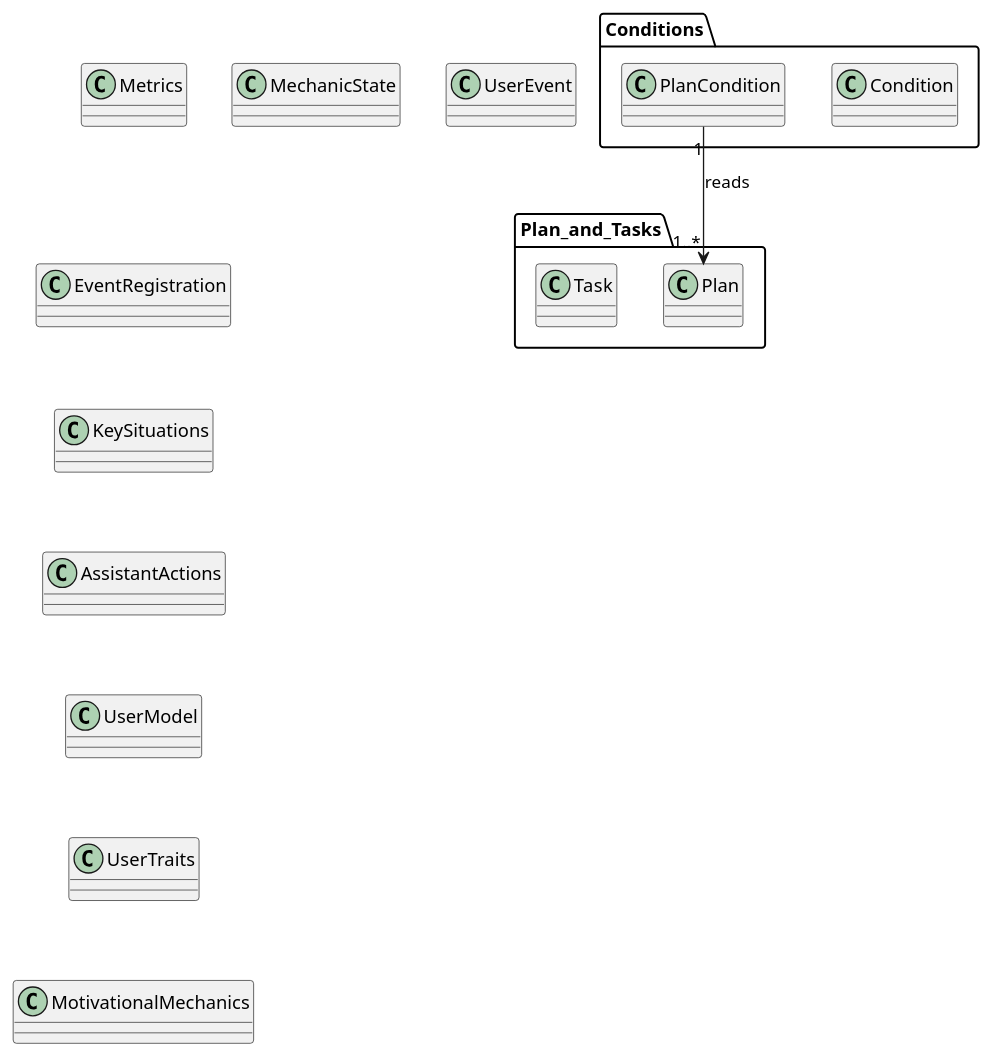
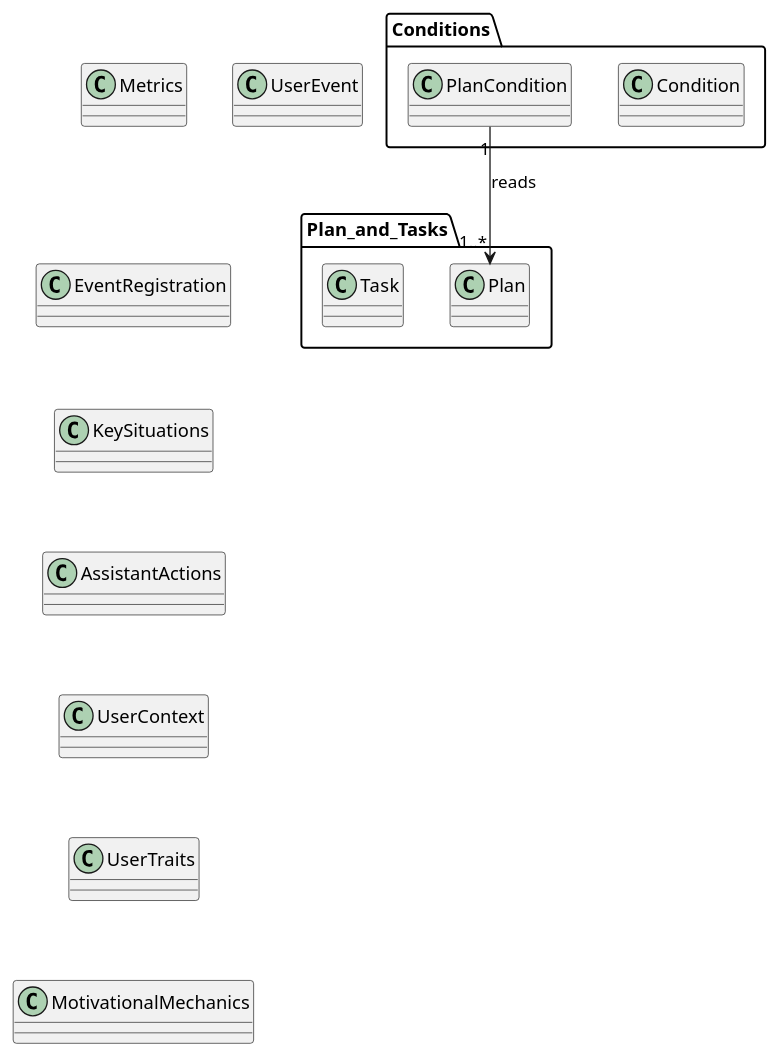
The diagram in UML/relationships.puml (Maks-stack/ontology), drawn with PlantUML before and after one commit. The commit also changed 7 other files, not shown here.

Commit message:
change UserModel to UserContext

```diff
--- a/UML/relationships.puml
+++ b/UML/relationships.puml
@@ -1,48 +1,46 @@
 @startuml
 Metrics -[hidden]-> EventRegistration
 EventRegistration -[hidden]-> KeySituations
 KeySituations -[hidden]-> AssistantActions
-AssistantActions -[hidden]-> UserModel
-UserModel -[hidden]-> UserTraits
+AssistantActions -[hidden]-> UserContext
+UserContext -[hidden]-> UserTraits
 UserTraits -[hidden]-> MotivationalMechanics
 
-MotivationalMechanics.MotivationalMechanic "1" --> "1..2" UserModel.UserTraitWeight : selected_by
+MotivationalMechanics.MotivationalMechanic "1" --> "1..2" UserContext.UserTraitWeight : selected_by
 
-AssistantActions.AssistantAction --> "0..1" MotivationalMechanics.MotivationalMechanic : toggles
-AssistantActions.AssistantAction --> "0..*" UserModel.User : targets
+'AssistantActions.AssistantAction --> "0..1" MotivationalMechanics.MotivationalMechanic : toggles
+AssistantActions.AssistantAction --> "0..*" UserContext.User : targets
 AssistantActions.AssistantAction "1..*" --> "1..*" Metrics.Metric : considers
-AssistantActions.AssistantAction "1..*" --> "1..*" UserModel.UserTraitWeight : considers
+AssistantActions.AssistantAction "1..*" --> "1..*" UserContext.UserTraitWeight : considers
 
 EventRegistration.Event "1..*" --> "0..*" KeySituations.KeySituation : triggers
 
 EventRegistration.Event "1..*" --> "0..*" Metrics.Metric : produces
 
 KeySituations.KeySituation "1" --> "0..*" AssistantActions.AssistantAction : triggers
 
-UserModel.UserTraitWeight "1" --> "1..*" UserTraits.UserTrait : references
-UserModel.User "1" --> "1..*" AssistantActions.AssistantAction : receives
-UserModel.User --> Metrics.Metric : "has"
+UserContext.UserTraitWeight "1" --> "1..*" UserTraits.UserTrait : references
+UserContext.User "1" --> "1..*" AssistantActions.AssistantAction : receives
+UserContext.User --> Metrics.Metric : has
 
-UserModel.User "1" --> "1" Plan_and_Tasks.Plan : "has"
+UserContext.User "1" --> "1" Plan_and_Tasks.Plan : has
 
-EventRegistration.TaskEvent "1" --> "1" Plan_and_Tasks.Task : "refers"
-Metrics.Metric "1" --> "1" EventRegistration.EventCollection : "reads"
+EventRegistration.TaskEvent "1" --> "1" Plan_and_Tasks.Task : refers
+Metrics.Metric "1" --> "1" EventRegistration.EventCollection : reads
 
-MotivationalMechanic "1" --> "1" Metric : is_determined_by
-MotivationalMechanic "1" --> "1" MechanicState : has
-
-MotivationalMechanics.MotivationalMechanic "1" --> "1" Metrics.Metric : "is_determined_by"
+MotivationalMechanics.MotivationalMechanic "1" --> "1" Metrics.Metric : is_determined_by
 
 MotivationalMechanics.Usertrait_Mechanic_Mapping.Level_and_Experience_Point_System_to_Player --> UserTraits.Player : maps
 MotivationalMechanics.Usertrait_Mechanic_Mapping.Level_and_Experience_Point_System_to_Player --> MotivationalMechanics.Level_and_Experience_Point_System : maps
 
-User --> UserEvent : "executes"
+User --> UserEvent : executes
 
-MotivationalMechanics.MotivationalMechanic "1" --> "1" Metrics.MechanicState : "references"
+MotivationalMechanics.MotivationalMechanic "1" --> "1" Metrics.Metric : reads
 
-AssistantActions.AssistantAction "1" --> "1..*" Conditions.Condition : uses
-AssistantActions.AssistantAction "1" --> "1" KeySituations.KeySituation : evaluates
+AssistantActions.AssistantAction "1" --> "1..*" Conditions.Condition : has
 
 Conditions.Condition "1" --> "1..*" Metrics.Metric : reads
 Conditions.PlanCondition "1" --> "1..*" Plan_and_Tasks.Plan : reads
+
+MotivationalMechanics.MechanicState --> Metrics.Metric : based on
 @enduml
```
